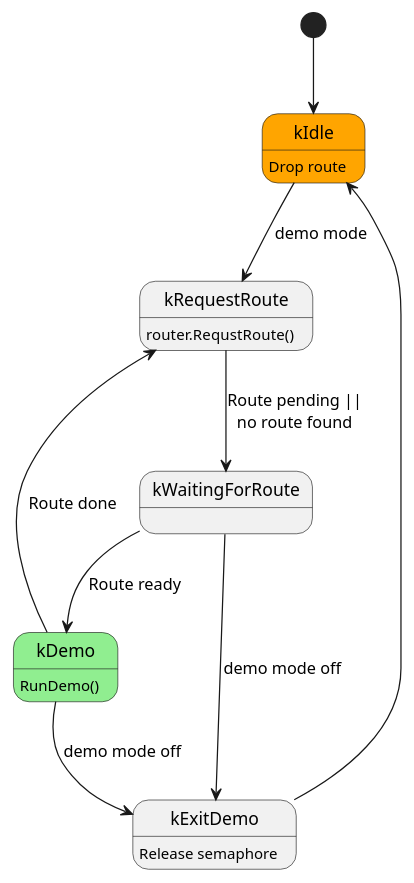
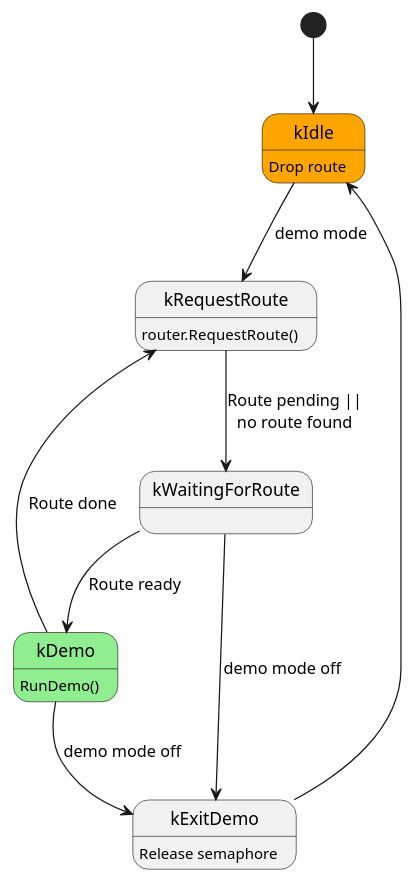
The diagram in src/gps_simulator/gps_simulator_state_machine.pu (SimonKagstrom/maelir), drawn with PlantUML before and after one commit. The commit also changed 2 other files, not shown here.

```diff
--- a/src/gps_simulator/gps_simulator_state_machine.pu
+++ b/src/gps_simulator/gps_simulator_state_machine.pu
@@ -1,23 +1,23 @@
 @startuml
 
 state kIdle #Orange : Drop route
-state kRequestRoute : router.RequstRoute()
+state kRequestRoute : router.RequestRoute()
 state kWaitingForRoute
 state kDemo #LightGreen : RunDemo()
 state kExitDemo : Release semaphore
 
 [*] --> kIdle
 
 kIdle --> kRequestRoute : demo mode
 
 kRequestRoute --> kWaitingForRoute : Route pending ||\nno route found
 
 kWaitingForRoute --> kDemo : Route ready
 kWaitingForRoute --> kExitDemo : demo mode off
 
 kDemo --> kRequestRoute : Route done
 kDemo --> kExitDemo : demo mode off
 
 kExitDemo --> kIdle
 
 @enduml
```
